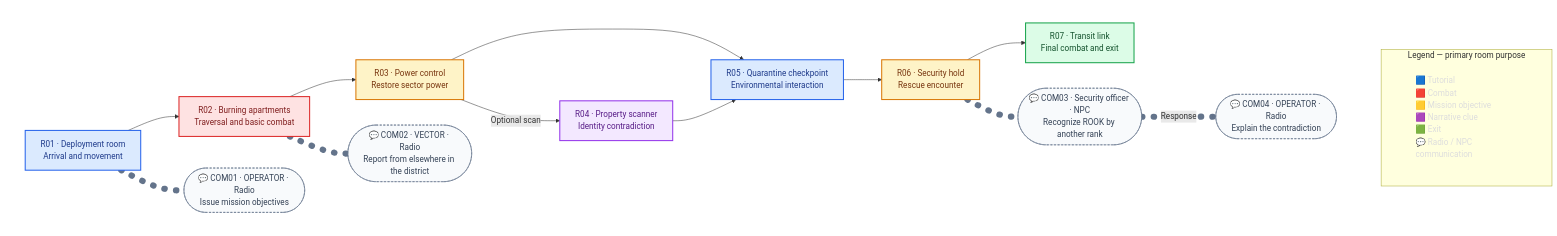
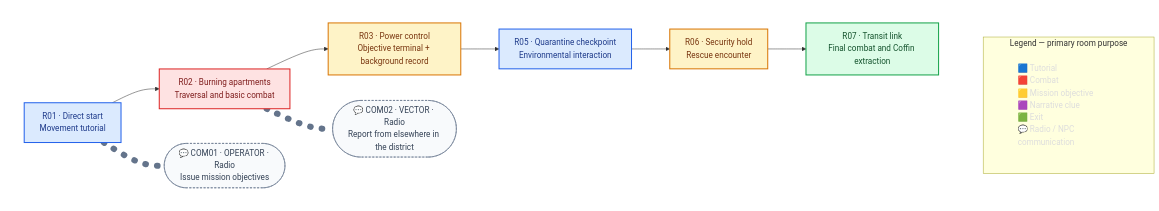
Before and after one commit to justgook/imprint-zero: the diagram in missions/m01.md, drawn with Mermaid. The commit also changed other lines of this file and 41 other files, not shown here.

````diff
--- a/missions/m01.md
+++ b/missions/m01.md
@@ -20,45 +18,38 @@
 ```mermaid
 flowchart TB
     subgraph Legend[Legend — primary room purpose]
         L["🟦 Tutorial<br/>🟥 Combat<br/>🟨 Mission objective<br/>🟪 Narrative clue<br/>🟩 Exit<br/>💬 Radio / NPC communication"]
     end
 
     subgraph Route[ ]
         direction LR
-        R01[R01 · Deployment room<br/>Arrival and movement] --> R02[R02 · Burning apartments<br/>Traversal and basic combat]
-        R02 --> R03[R03 · Power control<br/>Restore sector power]
+        R01[R01 · Direct start<br/>Movement tutorial] --> R02[R02 · Burning apartments<br/>Traversal and basic combat]
+        R02 --> R03[R03 · Power control<br/>Objective terminal + background record]
         R03 --> R05[R05 · Quarantine checkpoint<br/>Environmental interaction]
-        R03 -->|Optional scan| R04[R04 · Property scanner<br/>Identity contradiction]
-        R04 --> R05
         R05 --> R06[R06 · Security hold<br/>Rescue encounter]
-        R06 --> R07[R07 · Transit link<br/>Final combat and exit]
+        R06 --> R07[R07 · Transit link<br/>Final combat and Coffin extraction]
 
         R01 -.- COM01(["💬 COM01 · OPERATOR · Radio<br/>Issue mission objectives"])
         R02 -.- COM02(["💬 COM02 · VECTOR · Radio<br/>Report from elsewhere in the district"])
-        R06 -.- COM03(["💬 COM03 · Security officer · NPC<br/>Recognize ROOK by another rank"])
-        COM03 -.->|Response| COM04(["💬 COM04 · OPERATOR · Radio<br/>Explain the contradiction"])
     end
 
     click COM01 href "#/locale/en/dialogue.po?entry=dialogue.m01.com01"
     click COM02 href "#/locale/en/dialogue.po?entry=dialogue.m01.com02"
-    click COM03 href "#/locale/en/dialogue.po?entry=dialogue.m01.com03"
-    click COM04 href "#/locale/en/dialogue.po?entry=dialogue.m01.com04"
 
     classDef tutorial fill:#dbeafe,stroke:#2563eb,color:#1e3a8a,stroke-width:2px;
     classDef combat fill:#fee2e2,stroke:#dc2626,color:#7f1d1d,stroke-width:2px;
     classDef objective fill:#fef3c7,stroke:#d97706,color:#78350f,stroke-width:2px;
     classDef narrative fill:#f3e8ff,stroke:#9333ea,color:#581c87,stroke-width:2px;
     classDef exit fill:#dcfce7,stroke:#16a34a,color:#14532d,stroke-width:2px;
     classDef communication fill:#f8fafc,stroke:#64748b,color:#334155,stroke-width:1px,stroke-dasharray:4 3;
     classDef legend fill:none,stroke:none,color:#ddd,text-align:left;
 
     class R01,R05 tutorial;
     class R02 combat;
     class R03,R06 objective;
-    class R04 narrative;
     class R07 exit;
-    class COM01,COM02,COM03,COM04 communication;
+    class COM01,COM02 communication;
     class L legend;
-    linkStyle 7,8,9,10 stroke:#64748b,stroke-width:12px,stroke-dasharray:1 22,stroke-linecap:round;
+    linkStyle 5,6 stroke:#64748b,stroke-width:12px,stroke-dasharray:1 22,stroke-linecap:round;
     style Route fill:none,stroke:none;
 ```
````
